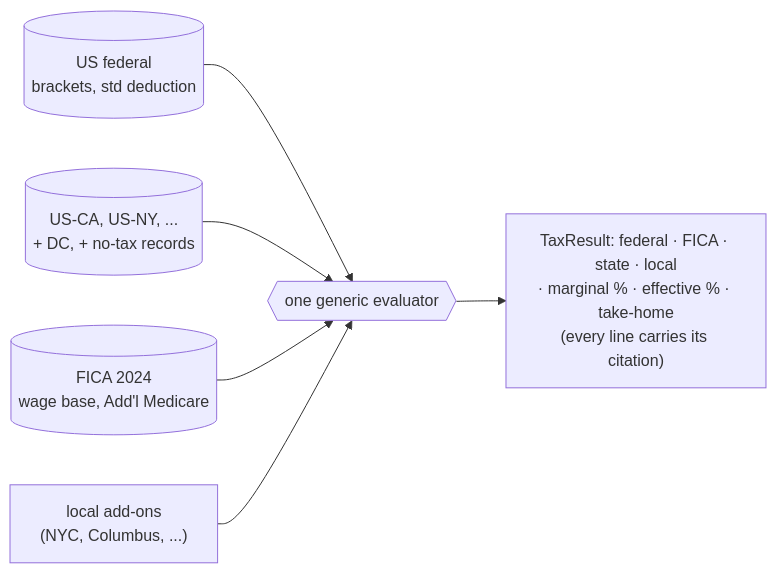
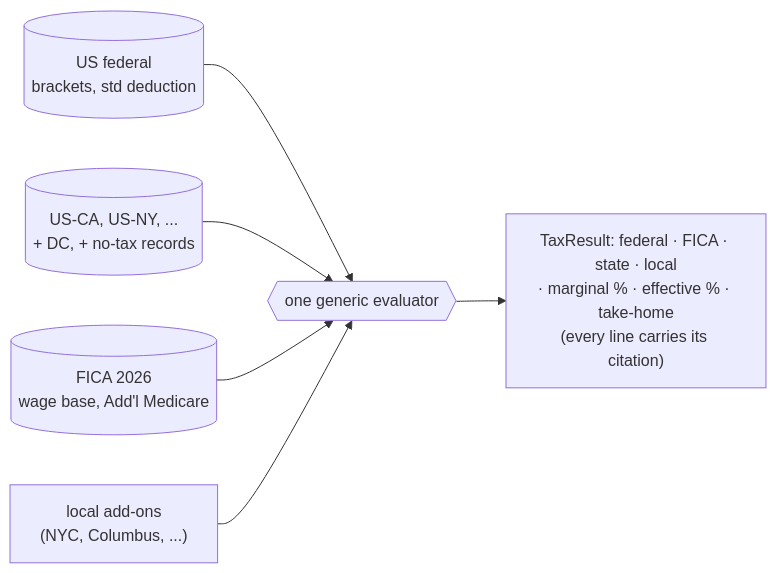
Before and after one commit to clay-good/enklayve: the third of 6 diagrams in README.md, drawn with Mermaid. The commit also changed other lines of this file and 110 other files, not shown here.

````diff
--- a/README.md
+++ b/README.md
@@ -262,13 +262,13 @@
 ```mermaid
 flowchart LR
     F[("US federal<br/>brackets, std deduction")]
     S[("US-CA, US-NY, ...<br/>+ DC, + no-tax records")]
-    K[("FICA 2024<br/>wage base, Add'l Medicare")]
+    K[("FICA 2026<br/>wage base, Add'l Medicare")]
     L["local add-ons<br/>(NYC, Columbus, ...)"]
     EV{{"one generic evaluator"}}
     F --> EV
     S --> EV
     K --> EV
     L --> EV
     EV --> RES["TaxResult: federal · FICA · state · local<br/>· marginal % · effective % · take-home<br/>(every line carries its citation)"]
 ```
````
